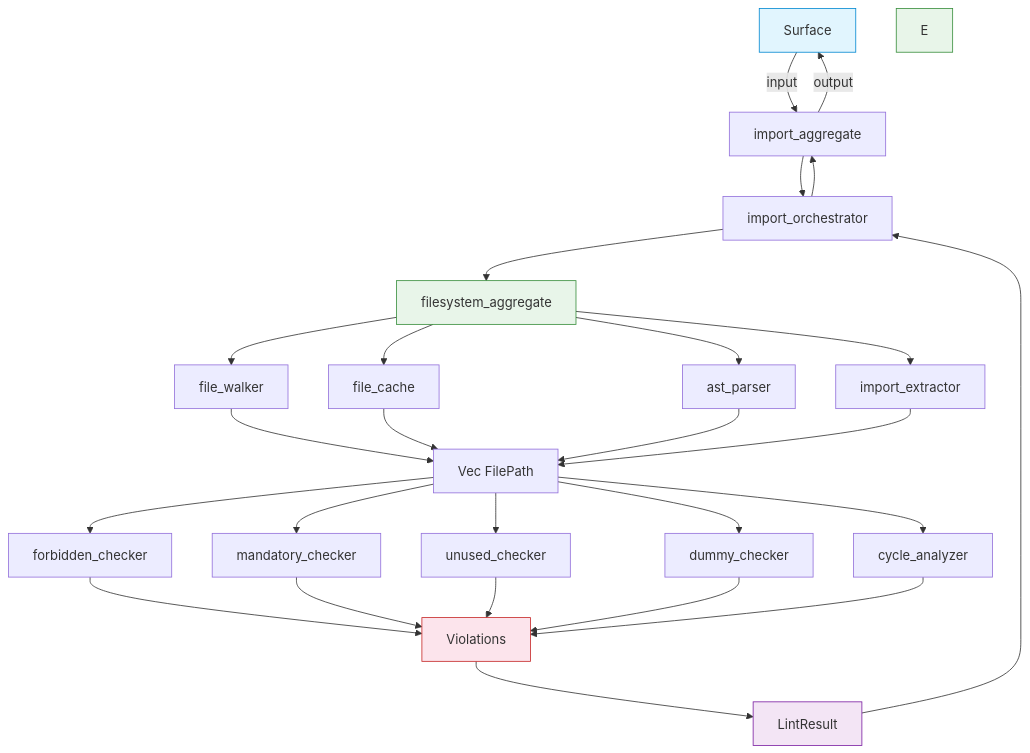
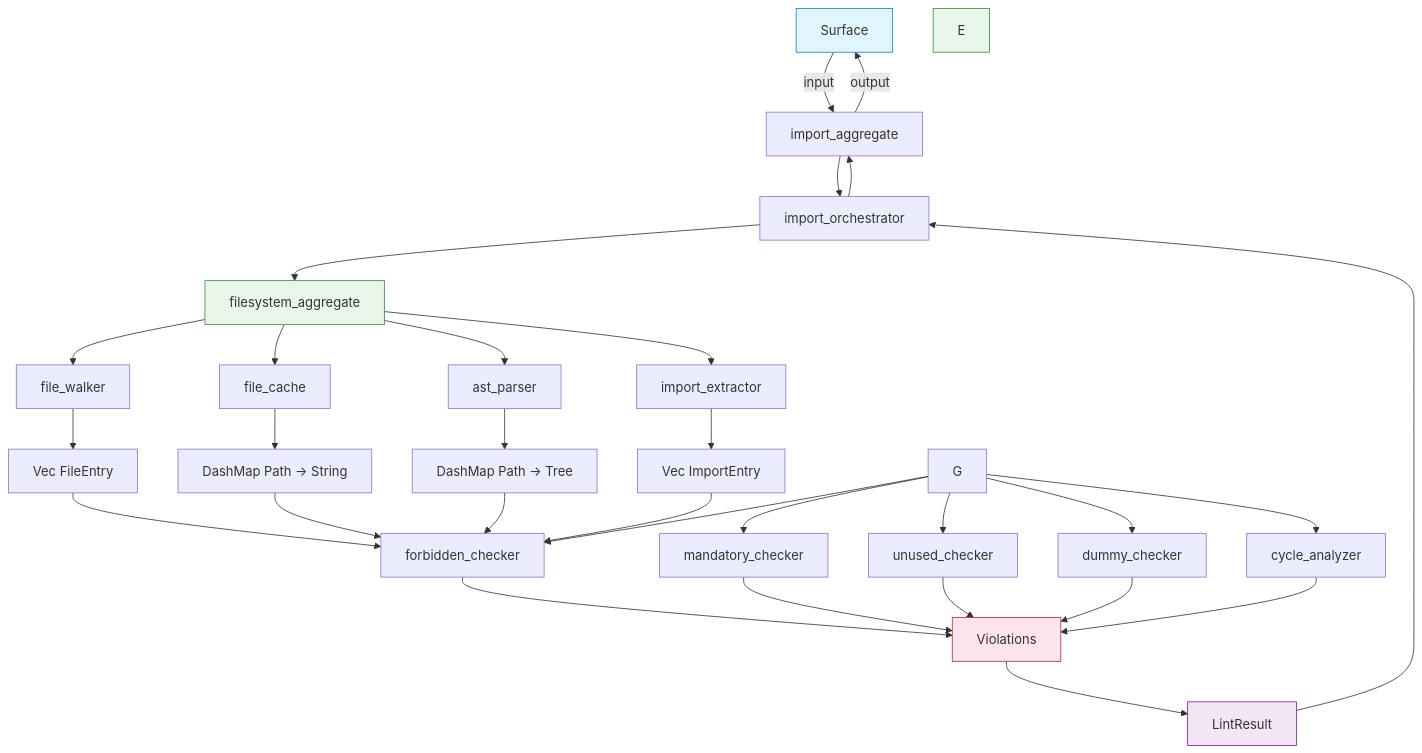
Before and after one commit to rakaarwaky/lint-arwaky: the diagram in crates/import-rules/FRD.md, drawn with Mermaid. The commit also changed 3 other files, not shown here.

First line of the commit message:
docs: mermaid shows correct output types per capability

````diff
--- a/crates/import-rules/FRD.md
+++ b/crates/import-rules/FRD.md
@@ -9,34 +9,38 @@
 ```mermaid
 flowchart TD
     A["Surface"] -->|input| B["import_aggregate"]
     B --> C["import_orchestrator"]
     C --> D["filesystem_aggregate"]
     D --> E1["file_walker"]
     D --> E2["file_cache"]
     D --> F1["ast_parser"]
     D --> F2["import_extractor"]
-    E1 --> G["Vec FilePath"]
-    E2 --> G
-    F1 --> G
-    F2 --> G
+    E1 --> G1["Vec FileEntry"]
+    E2 --> G2["DashMap Path → String"]
+    F1 --> G3["DashMap Path → Tree"]
+    F2 --> G4["Vec ImportEntry"]
+    G1 --> H1["forbidden_checker"]
+    G2 --> H1
+    G3 --> H1
+    G4 --> H1
     G --> H1["forbidden_checker"]
     G --> H2["mandatory_checker"]
     G --> H3["unused_checker"]
     G --> H4["dummy_checker"]
     G --> H5["cycle_analyzer"]
     H1 --> I["Violations"]
     H2 --> I
     H3 --> I
     H4 --> I
     H5 --> I
     I --> J["LintResult"]
     J --> C
     C --> B
     B -->|output| A
 
     style A fill:#e1f5fe,stroke:#0288d1
     style D fill:#e8f5e9,stroke:#388e3c
     style E fill:#e8f5e9,stroke:#388e3c
     style I fill:#fce4ec,stroke:#c62828
     style J fill:#f3e5f5,stroke:#7b1fa2
 ```
````
